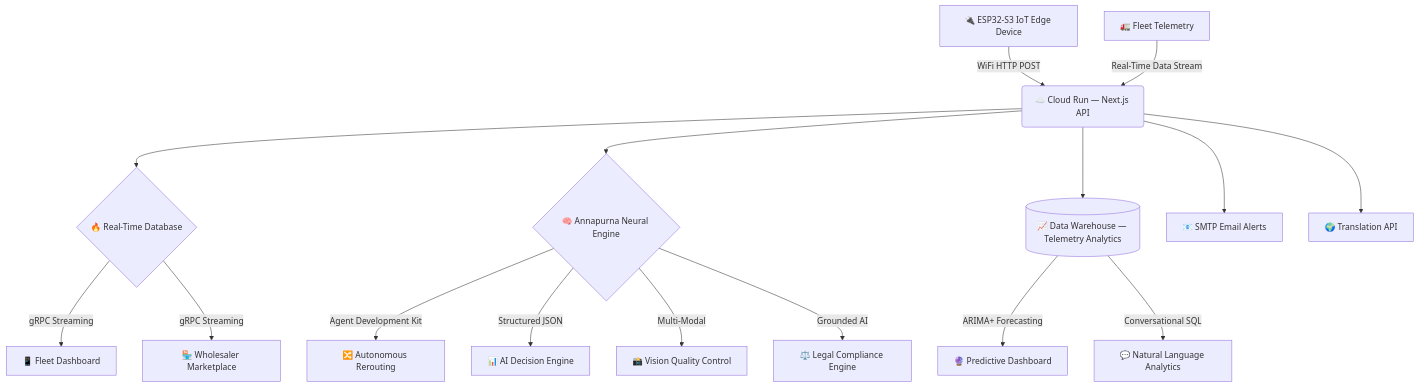
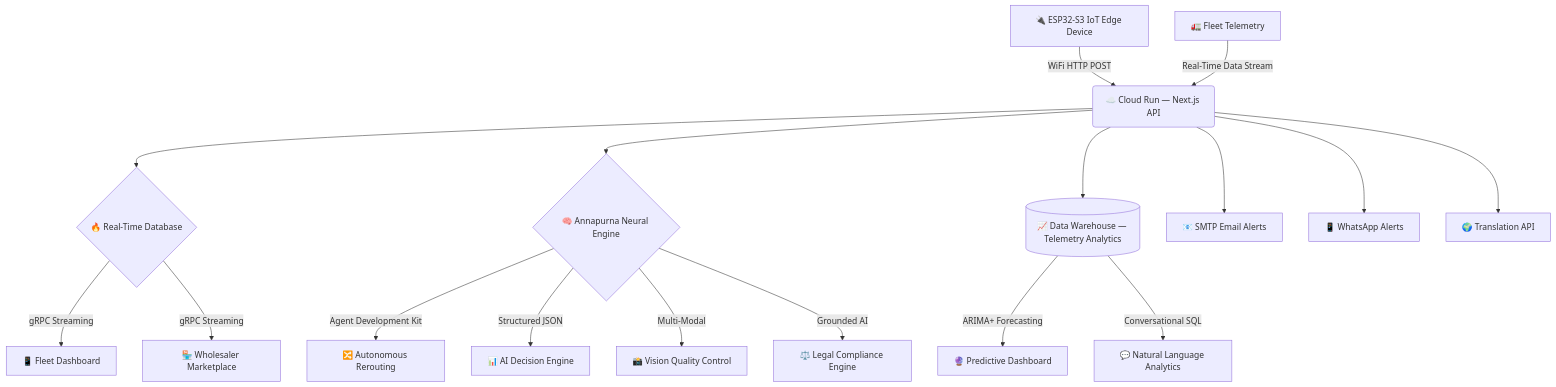
One commit to sumitsaraswat362/Annapurna changed the diagram in README.md. Above: the diagram before and after it, drawn with Mermaid. The commit also changed other lines of this file and 10 other files, not shown here.

````diff
--- a/README.md
+++ b/README.md
@@ -170,18 +181,19 @@
 ```mermaid
 graph TD
     Z[🔌 ESP32-S3 IoT Edge Device] -->|WiFi HTTP POST| B
     A[🚛 Fleet Telemetry] -->|Real-Time Data Stream| B(☁️ Cloud Run — Next.js API)
     B --> C{🔥 Real-Time Database}
     C -->|gRPC Streaming| D[📱 Fleet Dashboard]
     C -->|gRPC Streaming| E[🏪 Wholesaler Marketplace]
     B --> F{🧠 Annapurna Neural Engine}
     F -->|Agent Development Kit| G[🔀 Autonomous Rerouting]
     F -->|Structured JSON| H[📊 AI Decision Engine]
     F -->|Multi-Modal| I[📸 Vision Quality Control]
     B --> J[(📈 Data Warehouse — Telemetry Analytics)]
     J -->|ARIMA+ Forecasting| K[🔮 Predictive Dashboard]
     J -->|Conversational SQL| L[💬 Natural Language Analytics]
     B --> M[📧 SMTP Email Alerts]
+    B --> P[📱 WhatsApp Alerts]
     B --> N[🌍 Translation API]
     F -->|Grounded AI| O[⚖️ Legal Compliance Engine]
 ```
````
